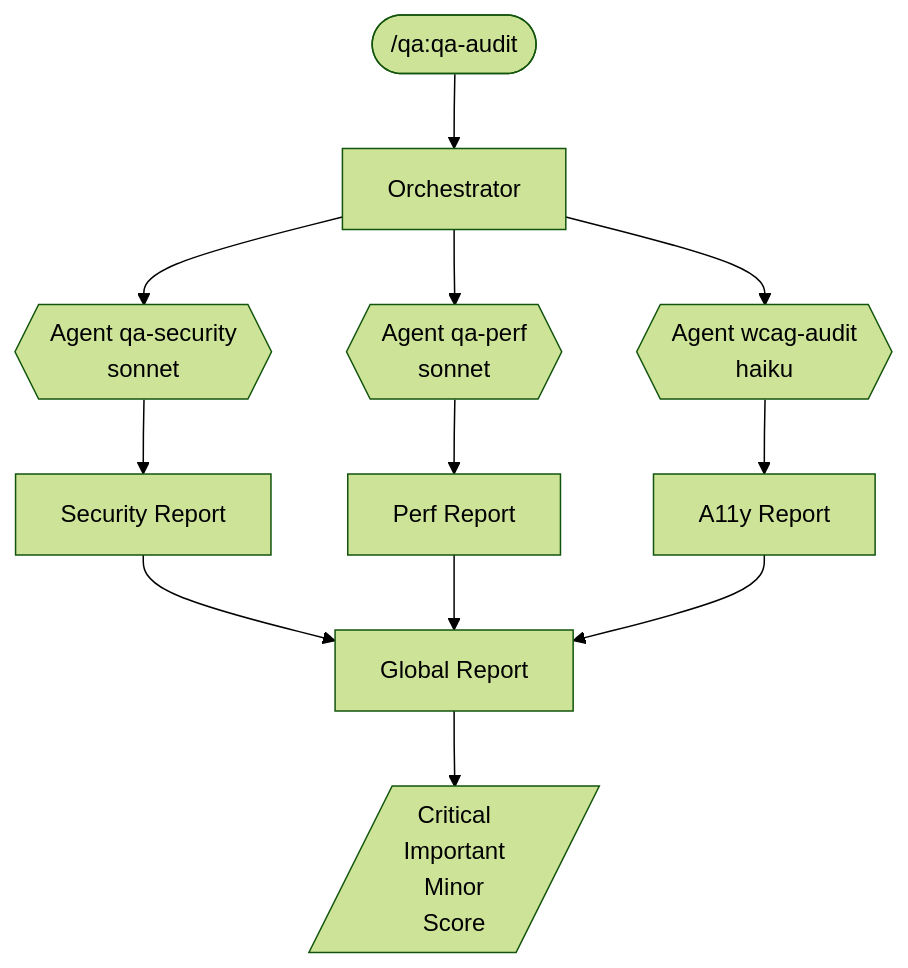
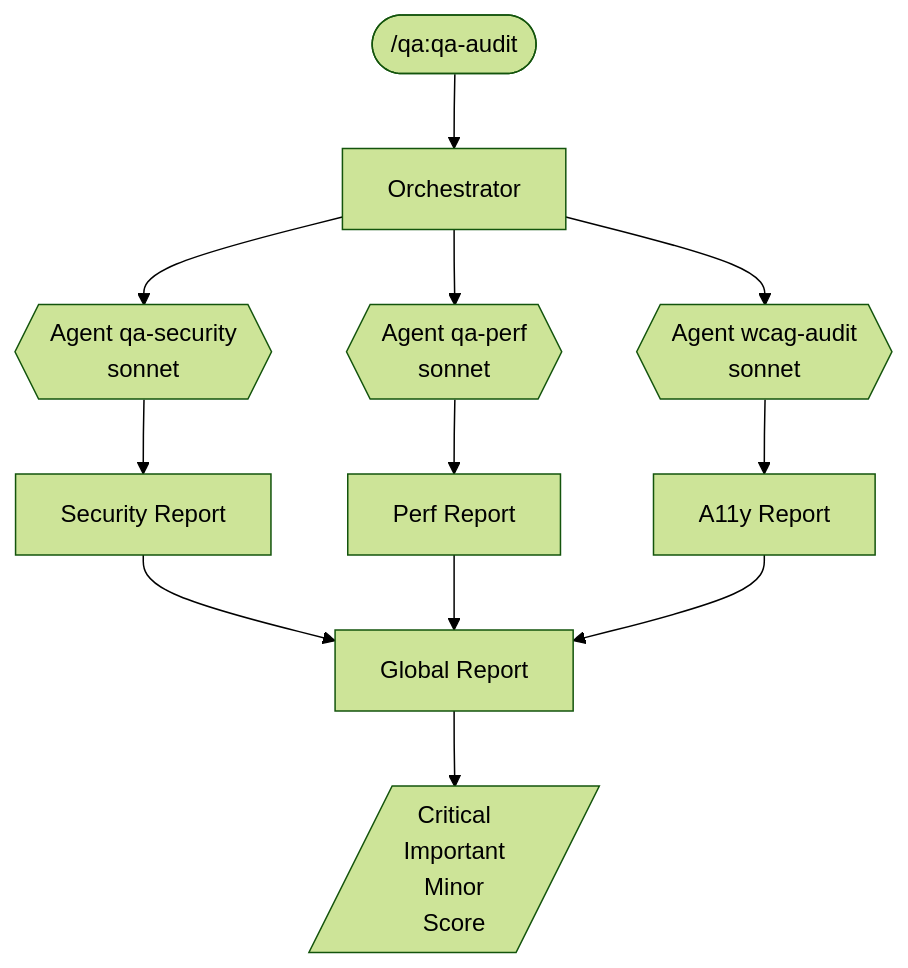
The fifth of 8 diagrams in docs/WORKFLOWS.md (christopherlouet/claude-base), drawn with Mermaid (forest theme) before and after one commit. The commit also changed other lines of this file and 29 other files, not shown here.

First line of the commit message:
docs(truth): model-fit bumps, phantom refs, catalog/ROADMAP re-baseline (Lot C)

````diff
--- a/docs/WORKFLOWS.md
+++ b/docs/WORKFLOWS.md
@@ -298,18 +298,18 @@
 ```mermaid
 flowchart TD
     AUDIT([/qa:qa-audit]) --> ORCHESTRATOR[Orchestrator]
 
     ORCHESTRATOR --> SEC{{Agent qa-security<br/>sonnet}}
     ORCHESTRATOR --> PERF{{Agent qa-perf<br/>sonnet}}
-    ORCHESTRATOR --> A11Y{{Agent wcag-audit<br/>haiku}}
+    ORCHESTRATOR --> A11Y{{Agent wcag-audit<br/>sonnet}}
 
     SEC --> RSEC[Security Report]
     PERF --> RPERF[Perf Report]
     A11Y --> RA11Y[A11y Report]
 
     RSEC --> MERGE[Global Report]
     RPERF --> MERGE
     RA11Y --> MERGE
 
     MERGE --> REPORT[/Critical\nImportant\nMinor\nScore/]
 ```
````
